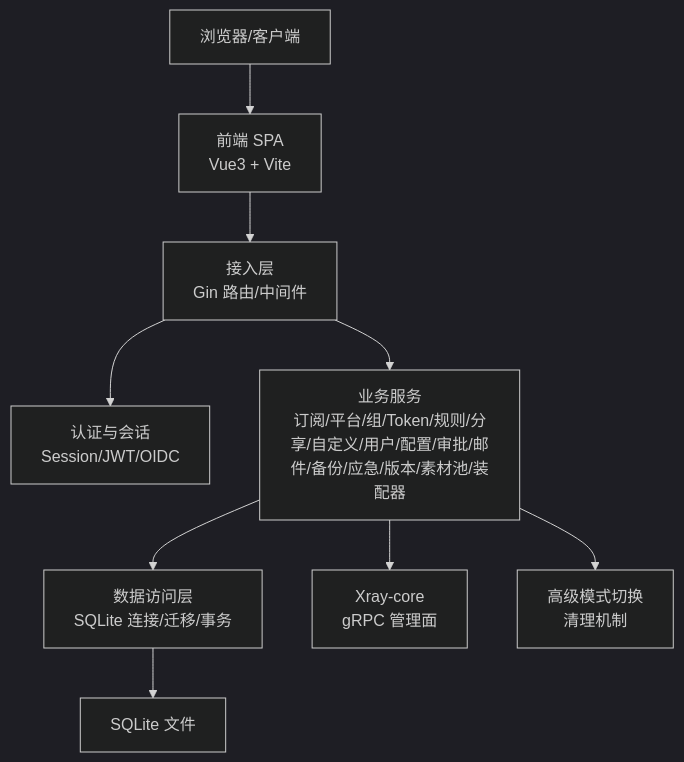
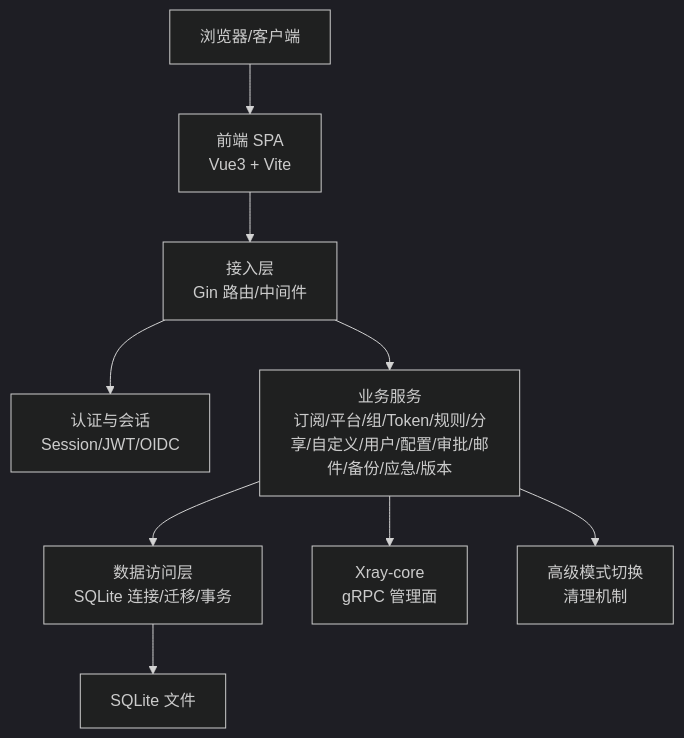
The second of 8 diagrams in .qoder/repowiki/zh/content/架构设计/架构设计.md (AlcaProphet/VPN-Subscription-Management), drawn with Mermaid (dark theme) before and after one commit. The commit also changed other lines of this file and 5 other files, not shown here.

````diff
--- a/.qoder/repowiki/zh/content/架构设计/架构设计.md
+++ b/.qoder/repowiki/zh/content/架构设计/架构设计.md
@@ -118,20 +111,20 @@
 ```mermaid
 graph TB
 Client["浏览器/客户端"]
 FE["前端 SPA<br/>Vue3 + Vite"]
 API["接入层<br/>Gin 路由/中间件"]
 Auth["认证与会话<br/>Session/JWT/OIDC"]
-Biz["业务服务<br/>订阅/平台/组/Token/规则/分享/自定义/用户/配置/审批/邮件/备份/应急/版本/素材池/装配器"]
+Biz["业务服务<br/>订阅/平台/组/Token/规则/分享/自定义/用户/配置/审批/邮件/备份/应急/版本"]
 Store["数据访问层<br/>SQLite 连接/迁移/事务"]
 DB["SQLite 文件"]
 XRAY["Xray-core<br/>gRPC 管理面"]
 ModeSwitch["高级模式切换<br/>清理机制"]
 Client --> FE
 FE --> API
 API --> Auth
 API --> Biz
 Biz --> Store
 Store --> DB
 Biz --> XRAY
 Biz --> ModeSwitch
 ```
````
